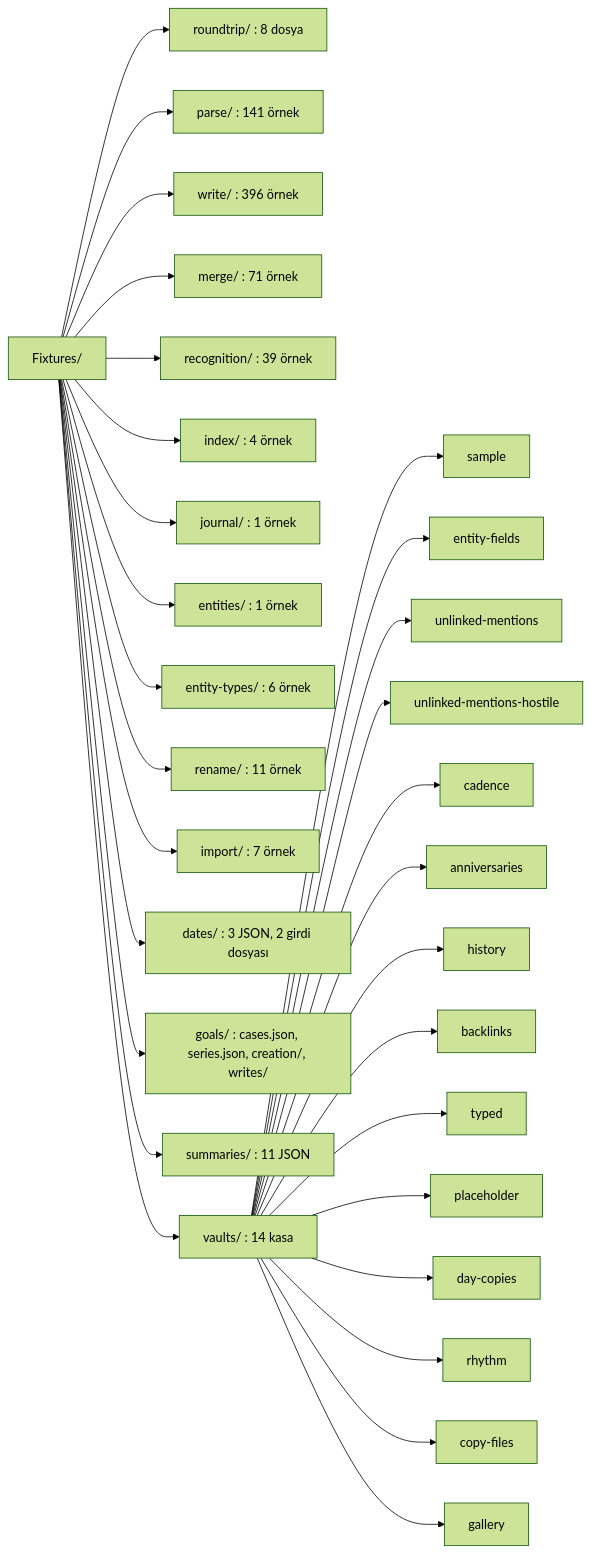
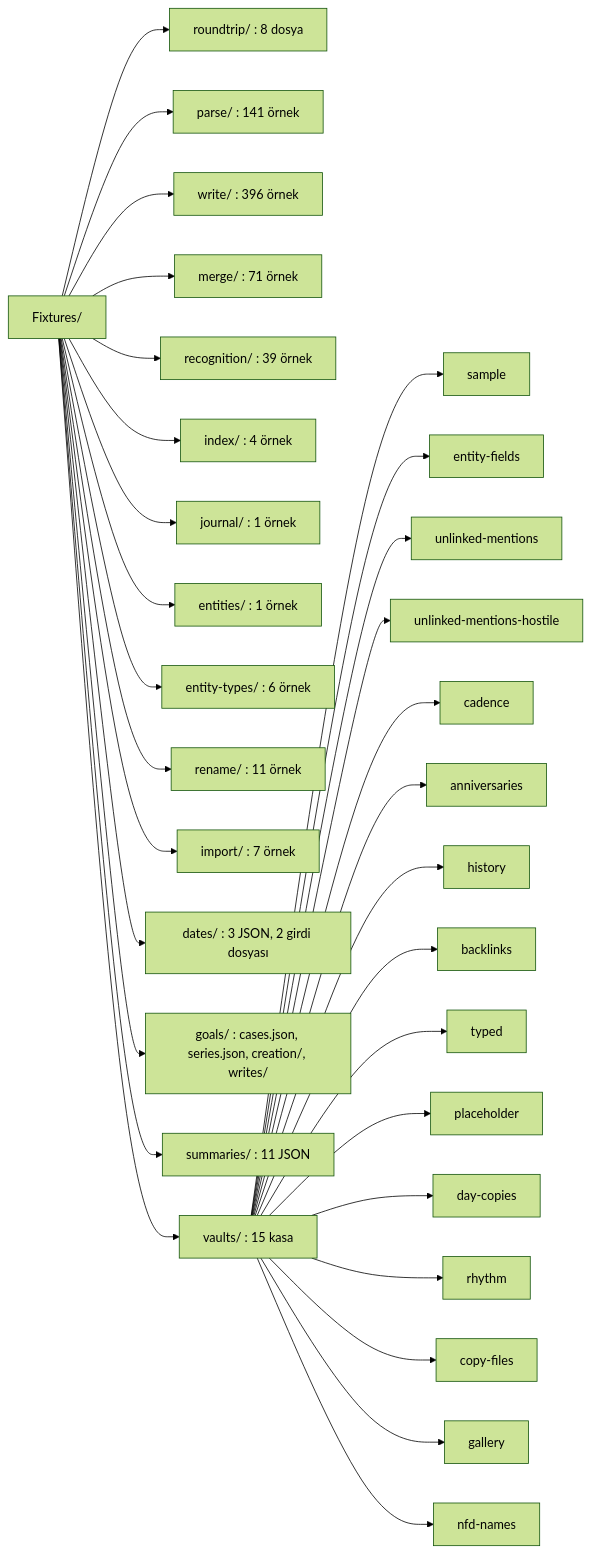
One commit to dogancanyildiz/kenet changed the first of 11 diagrams in docs/fixtures.md. Above: the diagram before and after it, drawn with Mermaid (forest theme). The commit also changed other lines of this file and 18 other files, not shown here.

````diff
--- a/docs/fixtures.md
+++ b/docs/fixtures.md
@@ -15,33 +15,34 @@
 ```mermaid
 flowchart LR
   F["Fixtures/"]
   F --> RT["roundtrip/ : 8 dosya"]
   F --> PA["parse/ : 141 örnek"]
   F --> WR["write/ : 396 örnek"]
   F --> ME["merge/ : 71 örnek"]
   F --> RE["recognition/ : 39 örnek"]
   F --> IX["index/ : 4 örnek"]
   F --> JO["journal/ : 1 örnek"]
   F --> EN["entities/ : 1 örnek"]
   F --> ET["entity-types/ : 6 örnek"]
   F --> RN["rename/ : 11 örnek"]
   F --> IM["import/ : 7 örnek"]
   F --> DA["dates/ : 3 JSON, 2 girdi dosyası"]
   F --> GO["goals/ : cases.json, series.json, creation/, writes/"]
   F --> SU["summaries/ : 11 JSON"]
-  F --> VA["vaults/ : 14 kasa"]
+  F --> VA["vaults/ : 15 kasa"]
   VA --> V1["sample"]
   VA --> V2["entity-fields"]
   VA --> V3["unlinked-mentions"]
   VA --> V4["unlinked-mentions-hostile"]
   VA --> V5["cadence"]
   VA --> V6["anniversaries"]
   VA --> V7["history"]
   VA --> V8["backlinks"]
   VA --> V9["typed"]
   VA --> V10["placeholder"]
   VA --> V11["day-copies"]
   VA --> V12["rhythm"]
   VA --> V13["copy-files"]
   VA --> V14["gallery"]
+  VA --> V15["nfd-names"]
 ```
````
